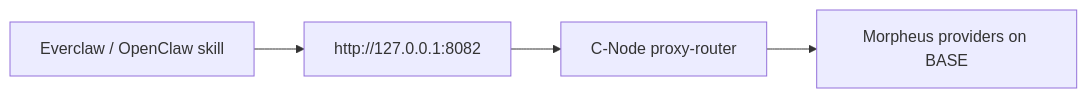
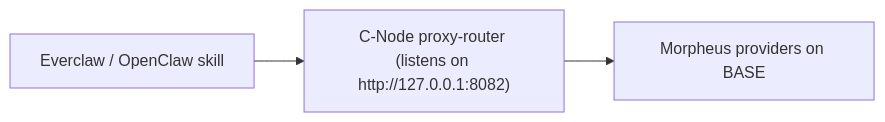
Before and after one commit to cowboycoderhq/Morpheus-Lumerin-Node: the diagram in docs/prosumers/gateway-for-everclaw.mdx, drawn with Mermaid. The commit also changed other lines of this file and 80 other files, not shown here.

````diff
--- a/docs/prosumers/gateway-for-everclaw.mdx
+++ b/docs/prosumers/gateway-for-everclaw.mdx
@@ -18,6 +18,5 @@
 ```mermaid
 flowchart LR
-  EverclawSkill[Everclaw / OpenClaw skill] --> Gateway["http://127.0.0.1:8082"]
-  Gateway --> CRouter[C-Node proxy-router]
+  EverclawSkill[Everclaw / OpenClaw skill] --> CRouter["C-Node proxy-router (listens on http://127.0.0.1:8082)"]
   CRouter --> Morpheus[Morpheus providers on BASE]
 ```
````
